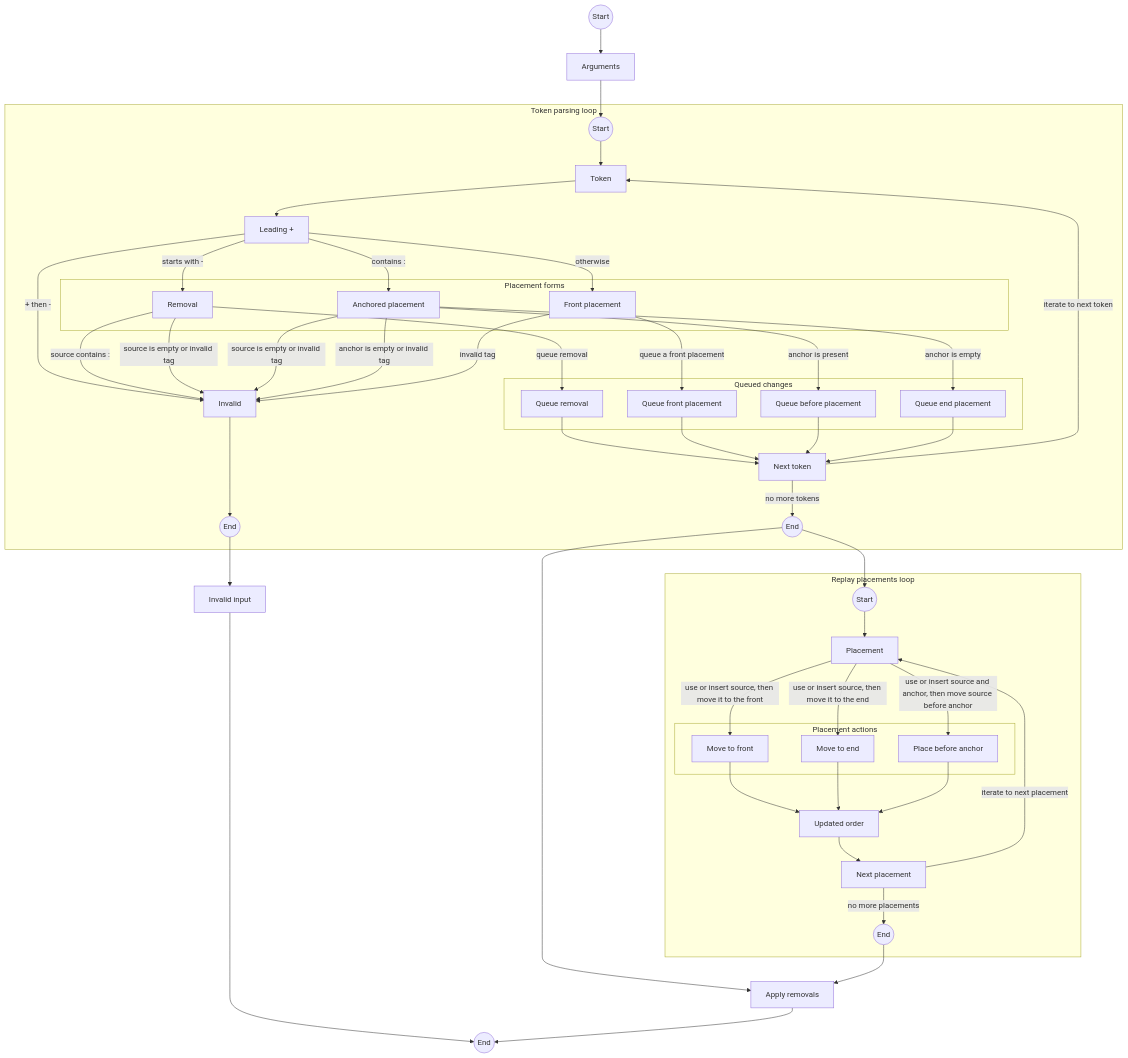
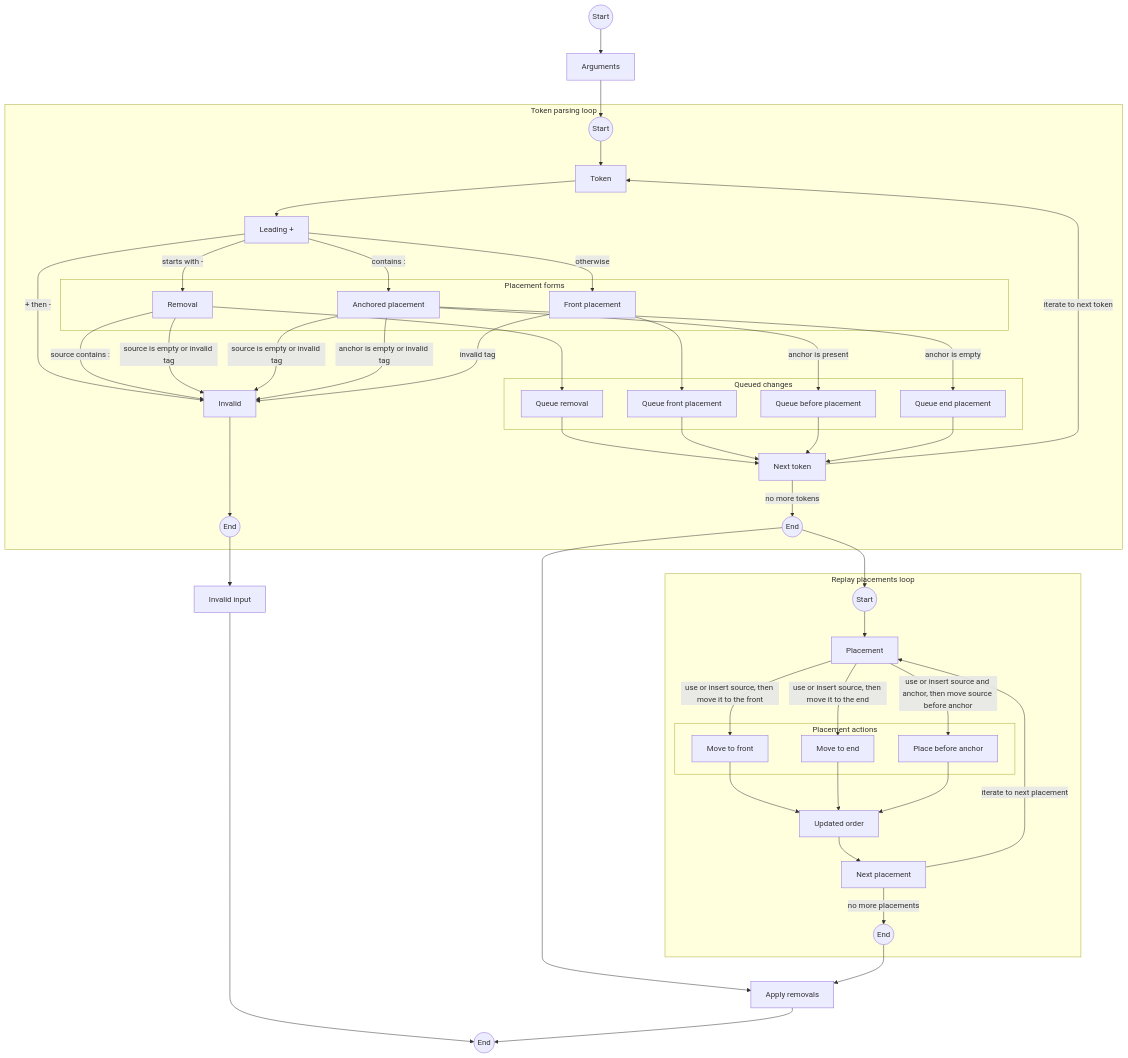
One commit to Glutexo/macos-language-manager changed the diagram in docs/macos-language-manager.md. Above: the diagram before and after it, drawn with Mermaid.

Commit message:
Remove redundant diagram edge labels

````diff
--- a/docs/macos-language-manager.md
+++ b/docs/macos-language-manager.md
@@ -228,80 +228,80 @@
 ```mermaid
 flowchart TD
     Start((Start)) --> Arguments[Arguments]
     Arguments --> TokenLoopStart
 
     subgraph TokenParsing["Token parsing loop"]
         TokenLoopStart((Start)) --> Token[Token]
         Token[Token] --> LeadingPlus[Leading +]
 
         subgraph PlacementForms["Placement forms"]
             Removal[Removal]
             AnchoredPlacement[Anchored placement]
             FrontPlacement[Front placement]
         end
 
         subgraph QueuedChanges["Queued changes"]
             QueueRemoval[Queue removal]
             QueueFront[Queue front placement]
             QueueBefore[Queue before placement]
             QueueEnd[Queue end placement]
         end
 
         LeadingPlus -- + then - --> Invalid[Invalid]
         LeadingPlus -- starts with - --> Removal
         LeadingPlus -- contains : --> AnchoredPlacement
         LeadingPlus -- otherwise --> FrontPlacement
 
         Removal -- source contains : --> Invalid
         Removal -- source is empty or invalid tag --> Invalid
-        Removal -- queue removal --> QueueRemoval
+        Removal --> QueueRemoval
 
         AnchoredPlacement -- source is empty or invalid tag --> Invalid
         AnchoredPlacement -- anchor is empty or invalid tag --> Invalid
         AnchoredPlacement -- anchor is empty --> QueueEnd
         AnchoredPlacement -- anchor is present --> QueueBefore
 
         FrontPlacement -- invalid tag --> Invalid
-        FrontPlacement -- queue a front placement --> QueueFront
+        FrontPlacement --> QueueFront
 
         QueueRemoval --> NextToken[Next token]
         QueueFront --> NextToken
         QueueBefore --> NextToken
         QueueEnd --> NextToken
 
         NextToken -- iterate to next token --> Token
         Invalid --> TokenLoopInvalidEnd((End))
         NextToken -- no more tokens --> TokenLoopDoneEnd((End))
     end
 
     TokenLoopInvalidEnd --> InvalidInput[Invalid input]
     InvalidInput --> End((End))
 
     TokenLoopDoneEnd --> ReplayLoopStart
     TokenLoopDoneEnd --> ApplyRemovals[Apply removals]
 
     subgraph Replay["Replay placements loop"]
         ReplayLoopStart((Start)) --> Placement[Placement]
 
         subgraph PlacementActions["Placement actions"]
             MoveToFront[Move to front]
             MoveToEnd[Move to end]
             PlaceBeforeAnchor[Place before anchor]
         end
 
         Placement -- use or insert source, then move it to the front --> MoveToFront
         Placement -- use or insert source, then move it to the end --> MoveToEnd
         Placement -- use or insert source and anchor, then move source before anchor --> PlaceBeforeAnchor
 
         MoveToFront --> UpdatedOrder[Updated order]
         MoveToEnd --> UpdatedOrder
         PlaceBeforeAnchor --> UpdatedOrder
 
         UpdatedOrder --> NextPlacement[Next placement]
         NextPlacement -- iterate to next placement --> Placement
         NextPlacement -- no more placements --> ReplayLoopEnd((End))
     end
 
     ReplayLoopEnd --> ApplyRemovals
     ApplyRemovals --> End
 ```
````
